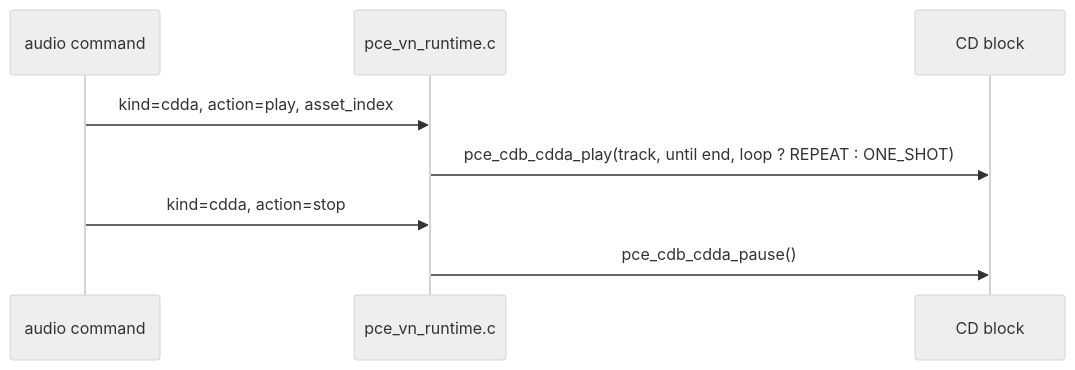
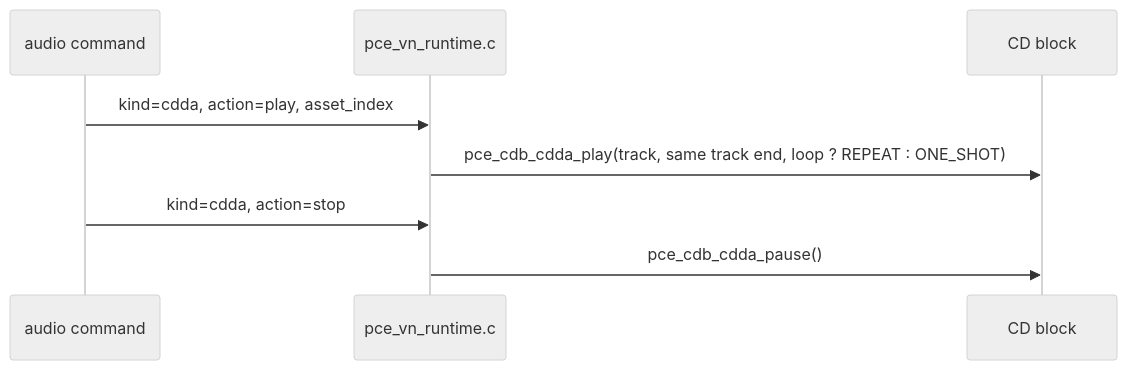
One commit to HOSSIE-JP/pce-game-editor changed the sixth of 6 diagrams in docs/pce-media-programming-guide.md. Above: the diagram before and after it, drawn with Mermaid (neutral theme). The commit also changed other lines of this file and 34 other files, not shown here.

````diff
--- a/docs/pce-media-programming-guide.md
+++ b/docs/pce-media-programming-guide.md
@@ -578,10 +578,10 @@
 ```mermaid
 sequenceDiagram
   participant Scene as audio command
   participant RT as pce_vn_runtime.c
   participant CDB as CD block
   Scene->>RT: kind=cdda, action=play, asset_index
-  RT->>CDB: pce_cdb_cdda_play(track, until end, loop ? REPEAT : ONE_SHOT)
+  RT->>CDB: pce_cdb_cdda_play(track, same track end, loop ? REPEAT : ONE_SHOT)
   Scene->>RT: kind=cdda, action=stop
   RT->>CDB: pce_cdb_cdda_pause()
 ```
````
